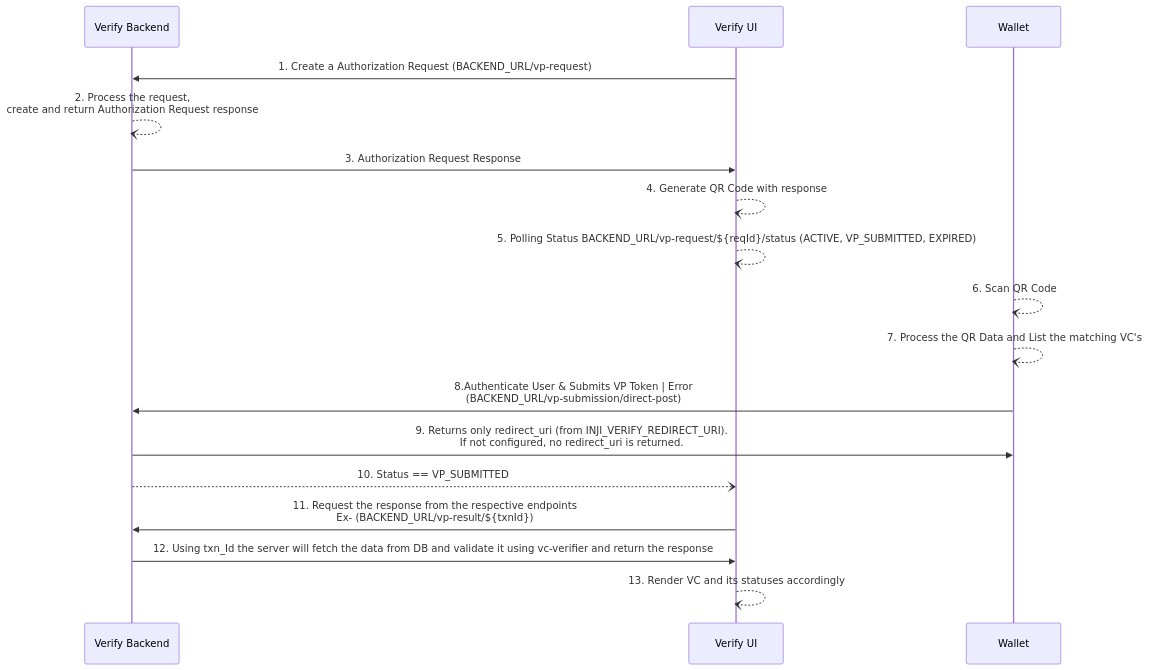
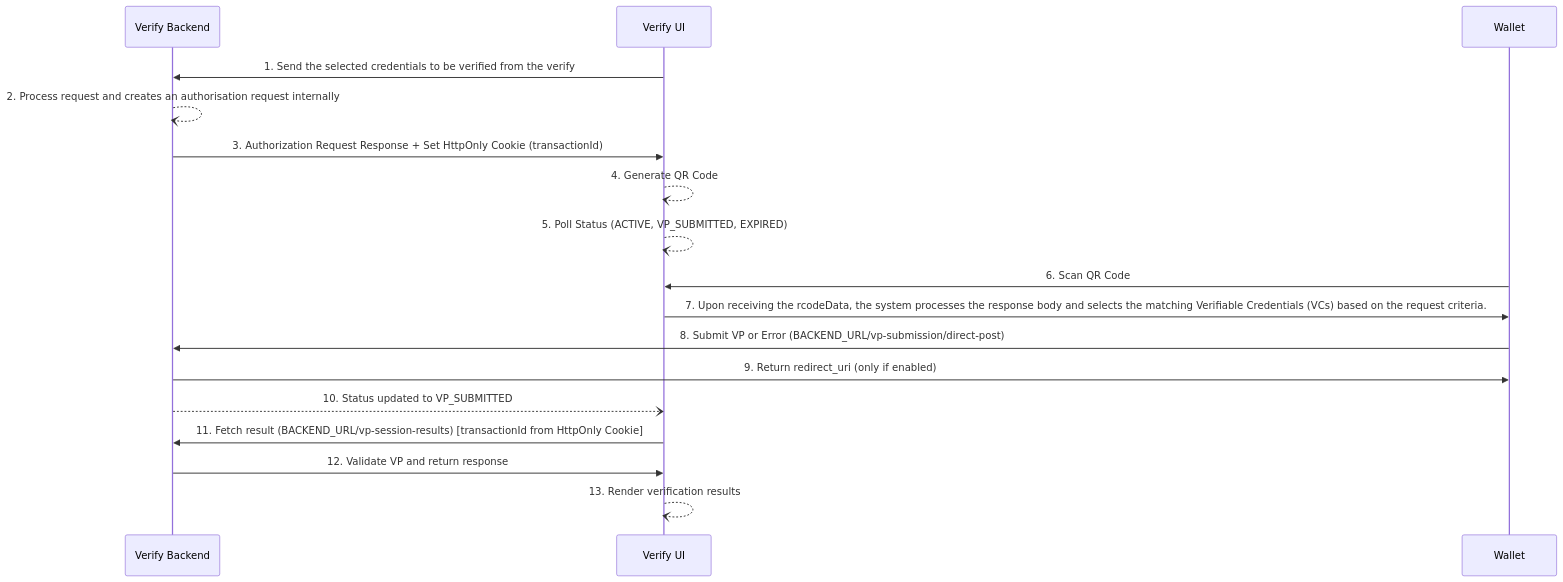
One commit to inji/inji-verify changed the diagram in docs/OpenID4VPCrossDeviceFlow.md. Above: the diagram before and after it, drawn with Mermaid. The commit also changed other lines of this file and 2 other files, not shown here.

````diff
--- a/docs/OpenID4VPCrossDeviceFlow.md
+++ b/docs/OpenID4VPCrossDeviceFlow.md
@@ -56,22 +125,24 @@
-```mermaid    
+```mermaid
 sequenceDiagram
     participant Verify Backend
     participant Verify UI
     participant Wallet
 
+    Verify UI->>Verify Backend: 1. Send the selected credentials to be verified from the verify
+    Verify Backend--)Verify Backend: 2. Process request and creates an authorisation request internally
+    Verify Backend->>Verify UI: 3. Authorization Request Response + Set HttpOnly Cookie (transactionId)
 
-    Verify UI->>Verify Backend: 1. Create a Authorization Request (BACKEND_URL/vp-request)
-    Verify Backend--)Verify Backend: 2. Process the request,<br> create and return Authorization Request response
-    Verify Backend->>Verify UI: 3. Authorization Request Response
-    Verify UI--)Verify UI: 4. Generate QR Code with response
-    Verify UI--)Verify UI: 5. Polling Status BACKEND_URL/vp-request/${reqId}/status (ACTIVE, VP_SUBMITTED, EXPIRED)
-    Wallet--)Wallet: 6. Scan QR Code
-    Wallet--)Wallet: 7. Process the QR Data and List the matching VC's
-    Wallet->>Verify Backend: 8.Authenticate User & Submits VP Token | Error <br> (BACKEND_URL/vp-submission/direct-post)
-    Verify Backend->>Wallet: 9. Returns only redirect_uri (from INJI_VERIFY_REDIRECT_URI). <br/> If not configured, no redirect_uri is returned.
-    Verify Backend--)Verify UI: 10. Status == VP_SUBMITTED
-    Verify UI->>Verify Backend: 11. Request the response from the respective endpoints <br> Ex- (BACKEND_URL/vp-result/${txnId})
-    Verify Backend->>Verify UI: 12. Using txn_Id the server will fetch the data from DB and validate it using vc-verifier and return the response
-    Verify UI--)Verify UI: 13. Render VC and its statuses accordingly
-    
+    Verify UI--)Verify UI: 4. Generate QR Code
+    Verify UI--)Verify UI: 5. Poll Status (ACTIVE, VP_SUBMITTED, EXPIRED)
+
+    Wallet->>Verify UI: 6. Scan QR Code
+    Verify UI->>Wallet: 7. Upon receiving the rcodeData, the system processes the response body and selects the matching Verifiable Credentials (VCs) based on the request criteria.
+    Wallet->>Verify Backend: 8. Submit VP or Error (BACKEND_URL/vp-submission/direct-post)
+
+    Verify Backend->>Wallet: 9. Return redirect_uri (only if enabled)
+    Verify Backend--)Verify UI: 10. Status updated to VP_SUBMITTED
+
+    Verify UI->>Verify Backend: 11. Fetch result (BACKEND_URL/vp-session-results) [transactionId from HttpOnly Cookie]
+    Verify Backend->>Verify UI: 12. Validate VP and return response
+    Verify UI--)Verify UI: 13. Render verification results
 ```
````
